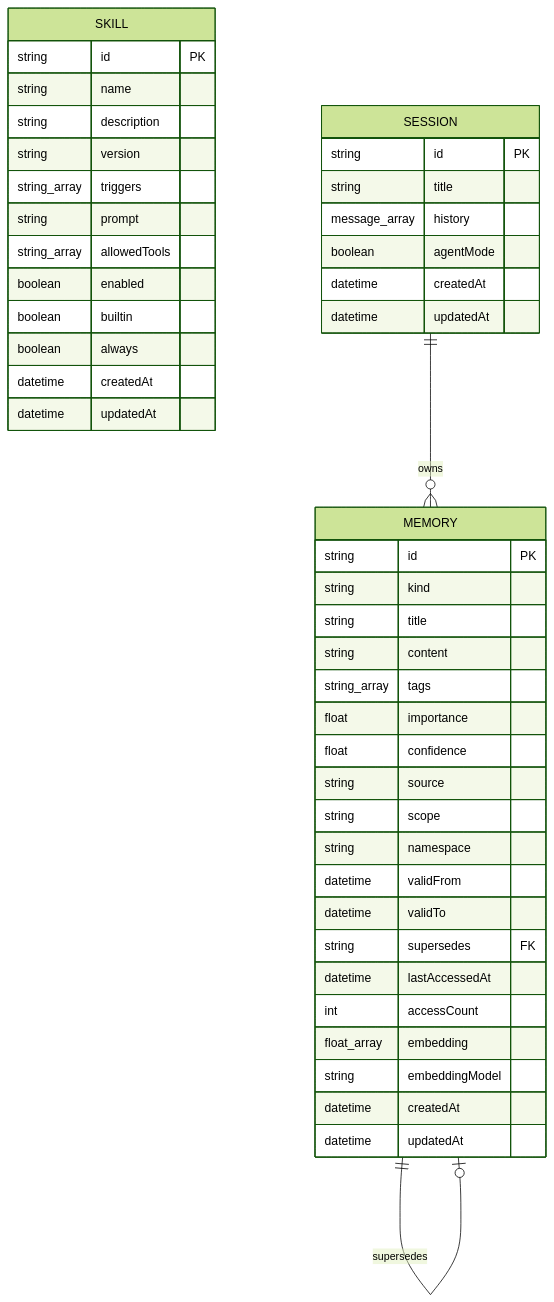
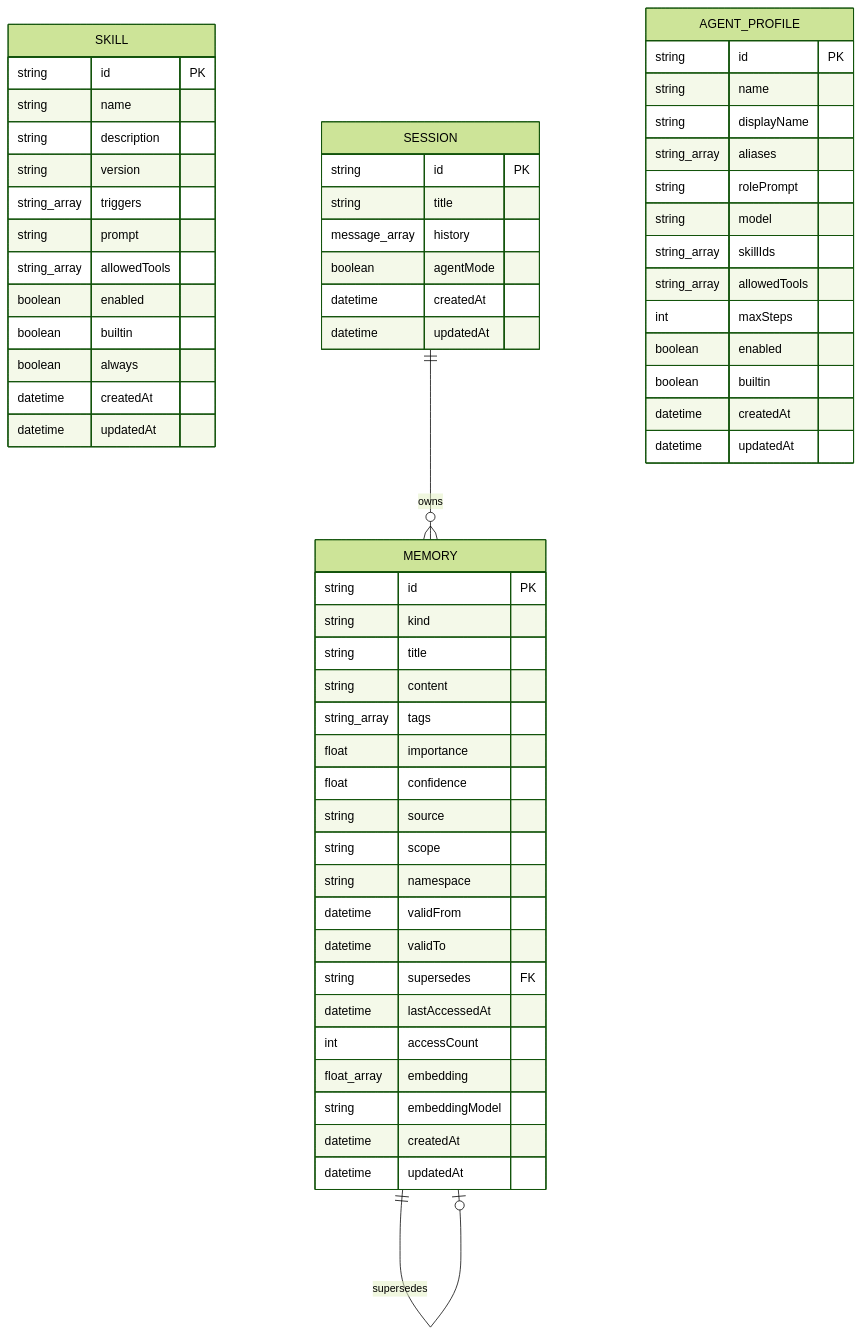
Before and after one commit to lijiajia96/llm-local: diagram 14 of 16 in ARCHITECTURE.md, drawn with Mermaid (forest theme). The commit also changed other lines of this file and 27 other files, not shown here.

````diff
--- a/ARCHITECTURE.md
+++ b/ARCHITECTURE.md
@@ -539,51 +606,67 @@
 ```mermaid
 erDiagram
     MEMORY {
         string id PK
         string kind
         string title
         string content
         string_array tags
         float importance
         float confidence
         string source
         string scope
         string namespace
         datetime validFrom
         datetime validTo
         string supersedes FK
         datetime lastAccessedAt
         int accessCount
         float_array embedding
         string embeddingModel
         datetime createdAt
         datetime updatedAt
     }
 
     SKILL {
         string id PK
         string name
         string description
         string version
         string_array triggers
         string prompt
         string_array allowedTools
         boolean enabled
         boolean builtin
         boolean always
         datetime createdAt
         datetime updatedAt
     }
 
     SESSION {
         string id PK
         string title
         message_array history
         boolean agentMode
         datetime createdAt
         datetime updatedAt
     }
 
+    AGENT_PROFILE {
+        string id PK
+        string name
+        string displayName
+        string_array aliases
+        string rolePrompt
+        string model
+        string_array skillIds
+        string_array allowedTools
+        int maxSteps
+        boolean enabled
+        boolean builtin
+        datetime createdAt
+        datetime updatedAt
+    }
+
     SESSION ||--o{ MEMORY : owns
     MEMORY ||--o| MEMORY : supersedes
 ```
````
